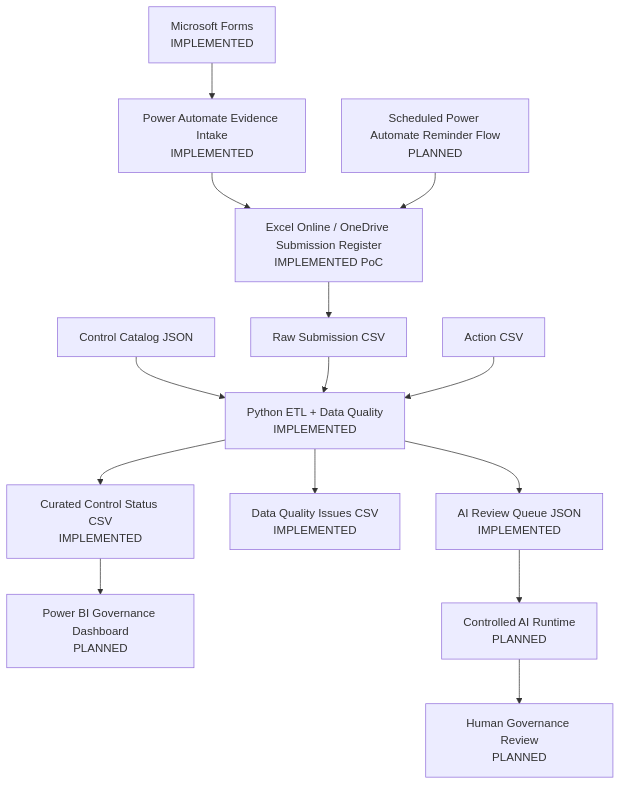
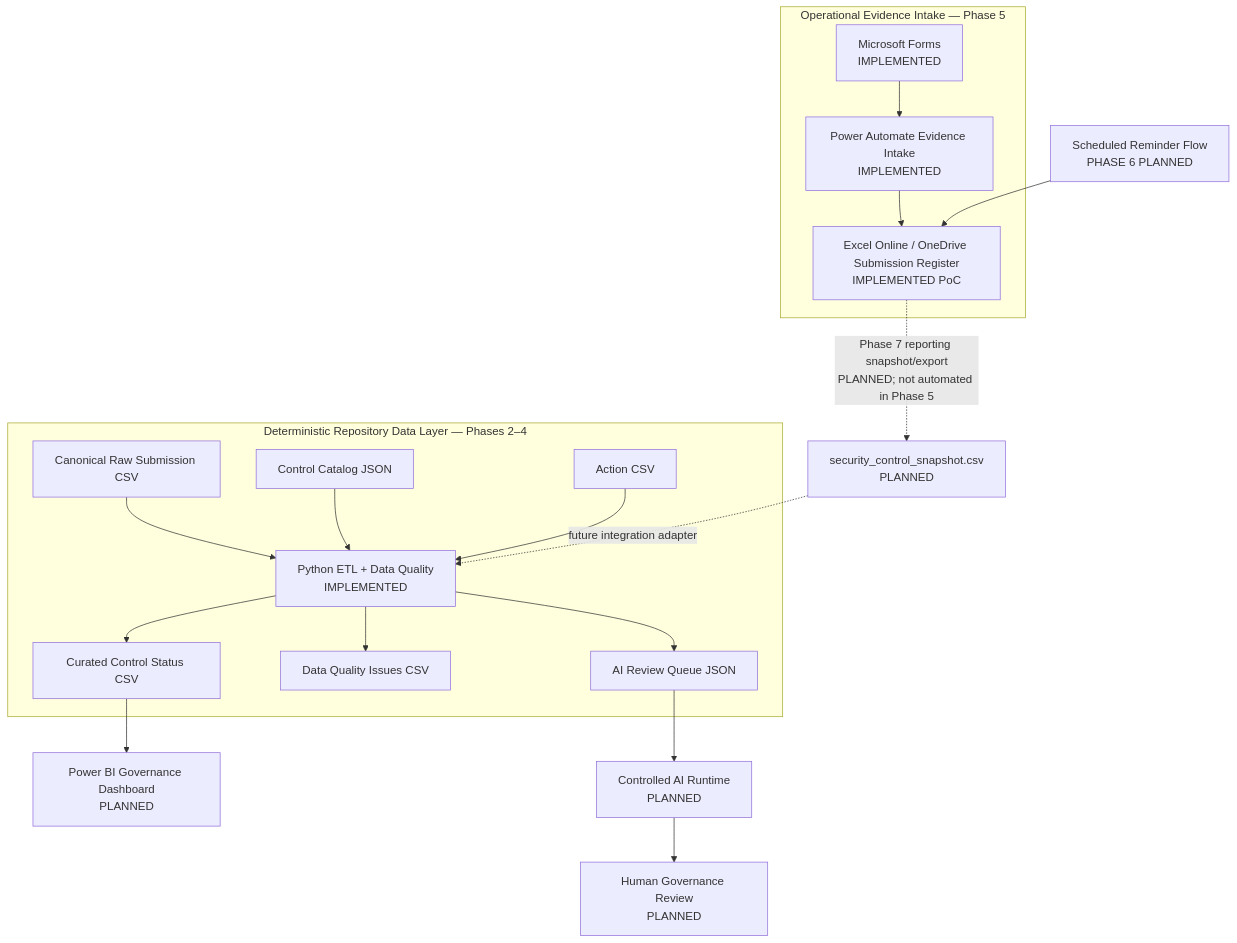
One commit to gw-ai-security/cyber-governance-automation-lab changed the diagram in README.md. Above: the diagram before and after it, drawn with Mermaid. The commit also changed other lines of this file and 6 other files, not shown here.

Commit message:
docs: align repository state after Phase 5 audit

````diff
--- a/README.md
+++ b/README.md
@@ -59,16 +67,24 @@
 ```mermaid
 flowchart TD
-    A[Microsoft Forms<br/>IMPLEMENTED] --> B[Power Automate Evidence Intake<br/>IMPLEMENTED]
-    B --> C[Excel Online / OneDrive Submission Register<br/>IMPLEMENTED PoC]
-    C --> D[Raw Submission CSV]
-    E[Control Catalog JSON] --> F[Python ETL + Data Quality<br/>IMPLEMENTED]
-    D --> F
-    G[Action CSV] --> F
-    F --> H[Curated Control Status CSV<br/>IMPLEMENTED]
-    F --> I[Data Quality Issues CSV<br/>IMPLEMENTED]
-    F --> J[AI Review Queue JSON<br/>IMPLEMENTED]
+    subgraph OP[Operational Evidence Intake — Phase 5]
+        A[Microsoft Forms<br/>IMPLEMENTED] --> B[Power Automate Evidence Intake<br/>IMPLEMENTED]
+        B --> C[Excel Online / OneDrive Submission Register<br/>IMPLEMENTED PoC]
+    end
+
+    subgraph REPO[Deterministic Repository Data Layer — Phases 2–4]
+        D[Canonical Raw Submission CSV] --> F[Python ETL + Data Quality<br/>IMPLEMENTED]
+        E[Control Catalog JSON] --> F
+        G[Action CSV] --> F
+        F --> H[Curated Control Status CSV]
+        F --> I[Data Quality Issues CSV]
+        F --> J[AI Review Queue JSON]
+    end
+
+    C -. Phase 7 reporting snapshot/export<br/>PLANNED; not automated in Phase 5 .-> S[security_control_snapshot.csv<br/>PLANNED]
+    S -. future integration adapter .-> F
+
     H --> K[Power BI Governance Dashboard<br/>PLANNED]
     J --> L[Controlled AI Runtime<br/>PLANNED]
     L --> M[Human Governance Review<br/>PLANNED]
-    N[Scheduled Power Automate Reminder Flow<br/>PLANNED] --> C
+    N[Scheduled Reminder Flow<br/>PHASE 6 PLANNED] --> C
 ```
````
